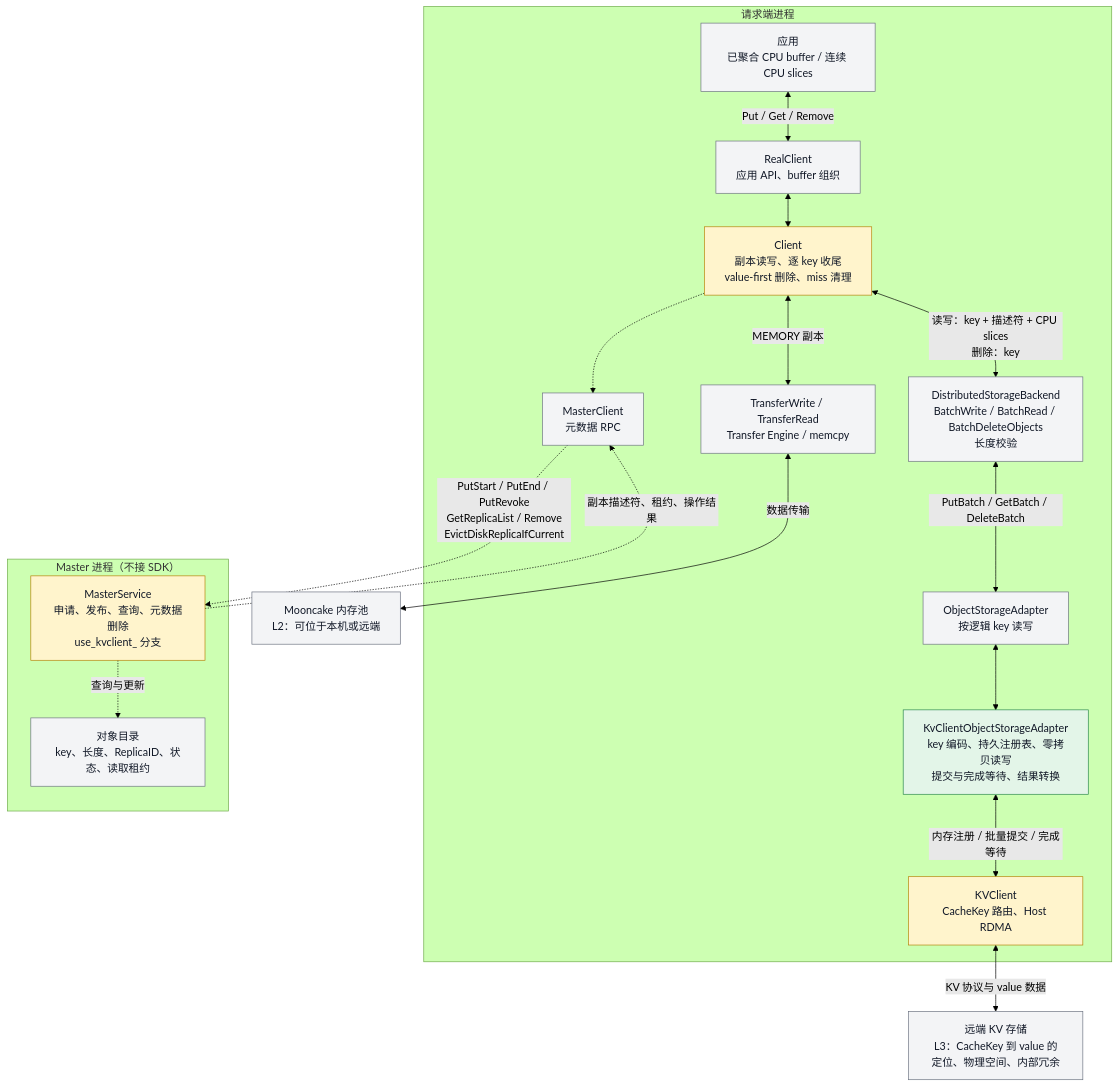
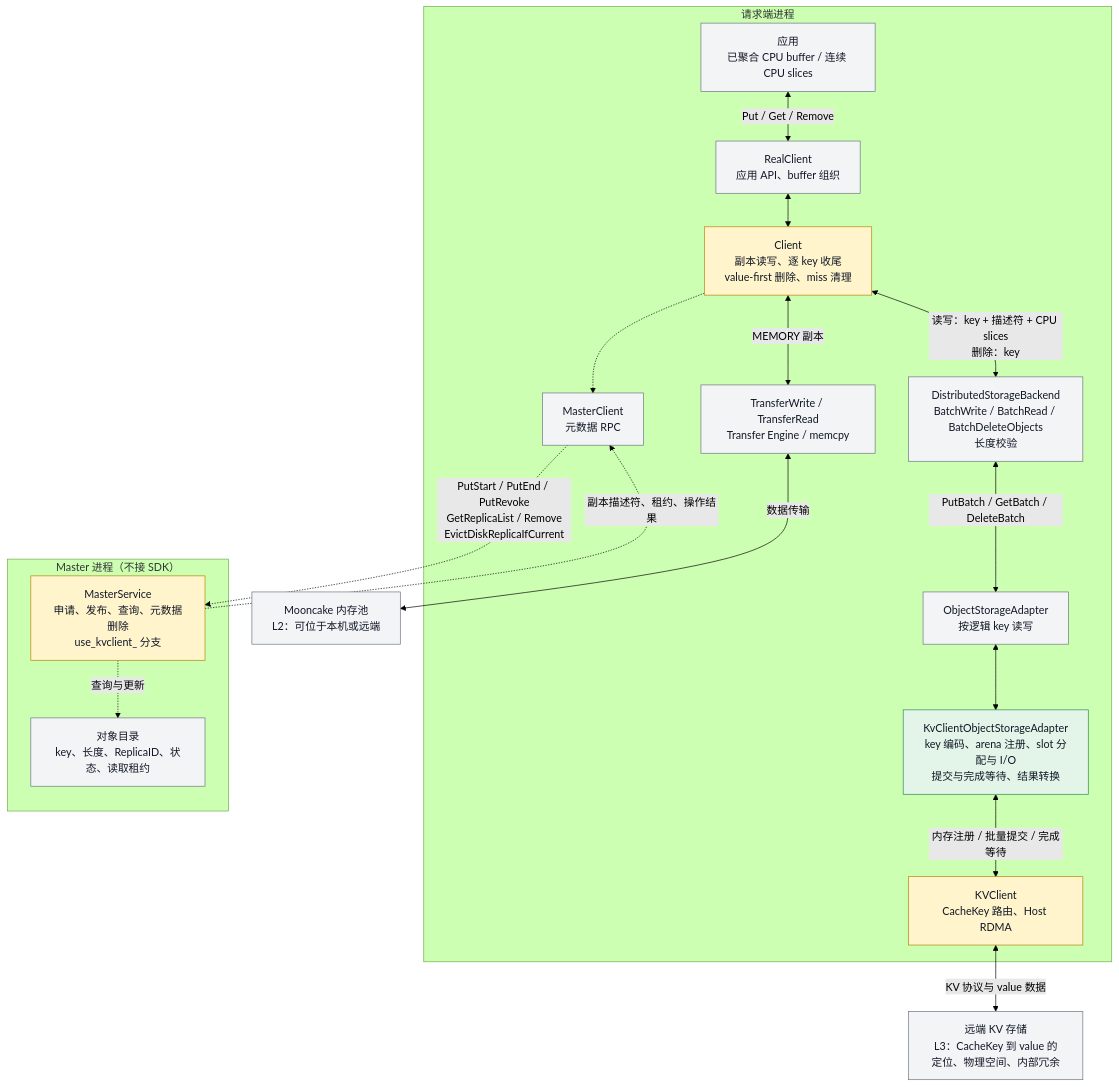
Before and after one commit to zwj20000328-dotcom/Mooncake-documents: the first of 13 diagrams in Mooncake + KVClient L3 接入（Kvcs）- v3.md, drawn with Mermaid (forest theme). The commit also changed other lines of this file, not shown here.

First line of the commit message:
docs: switch the data path to one arena with per-call slots

````diff
--- a/Mooncake + KVClient L3 接入（Kvcs）- v3.md
+++ b/Mooncake + KVClient L3 接入（Kvcs）- v3.md
@@ -68,45 +68,45 @@
 ```mermaid
 flowchart TB
     subgraph Request["请求端进程"]
         A["应用<br/>已聚合 CPU buffer / 连续 CPU slices"]
         R["RealClient<br/>应用 API、buffer 组织"]
         C["Client<br/>副本读写、逐 key 收尾<br/>value-first 删除、miss 清理"]
         RPC["MasterClient<br/>元数据 RPC"]
         TE["TransferWrite / TransferRead<br/>Transfer Engine / memcpy"]
         B["DistributedStorageBackend<br/>BatchWrite / BatchRead / BatchDeleteObjects<br/>长度校验"]
         O["ObjectStorageAdapter<br/>按逻辑 key 读写"]
-        K["KvClientObjectStorageAdapter<br/>key 编码、持久注册表、零拷贝读写<br/>提交与完成等待、结果转换"]
+        K["KvClientObjectStorageAdapter<br/>key 编码、arena 注册、slot 分配与 I/O<br/>提交与完成等待、结果转换"]
         SDK["KVClient<br/>CacheKey 路由、Host RDMA"]
 
         A <-->|"Put / Get / Remove"| R
         R <--> C
         C -.-> RPC
         C <-->|"MEMORY 副本"| TE
         C <-->|"读写：key + 描述符 + CPU slices<br/>删除：key"| B
         B <-->|"PutBatch / GetBatch / DeleteBatch"| O
         O <--> K
         K <-->|"内存注册 / 批量提交 / 完成等待"| SDK
     end
 
     subgraph Master["Master 进程（不接 SDK）"]
         M["MasterService<br/>申请、发布、查询、元数据删除<br/>use_kvclient_ 分支"]
         META["对象目录<br/>key、长度、ReplicaID、状态、读取租约"]
 
         M -.->|"查询与更新"| META
     end
 
     RAM["Mooncake 内存池<br/>L2：可位于本机或远端"]
     S["远端 KV 存储<br/>L3：CacheKey 到 value 的定位、物理空间、内部冗余"]
 
     RPC -.->|"PutStart / PutEnd / PutRevoke<br/>GetReplicaList / Remove<br/>EvictDiskReplicaIfCurrent"| M
     M -.->|"副本描述符、租约、操作结果"| RPC
     TE <-->|"数据传输"| RAM
     SDK <-->|"KV 协议与 value 数据"| S
 
     classDef existing fill:#f3f4f6,stroke:#6b7280,color:#111827;
     classDef changed fill:#fff4cc,stroke:#b58105,color:#111827;
     classDef added fill:#e3f5e8,stroke:#28864b,color:#111827;
     class A,R,RPC,TE,B,O,META,RAM,S existing;
     class C,SDK,M changed;
     class K added;
 ```
````
